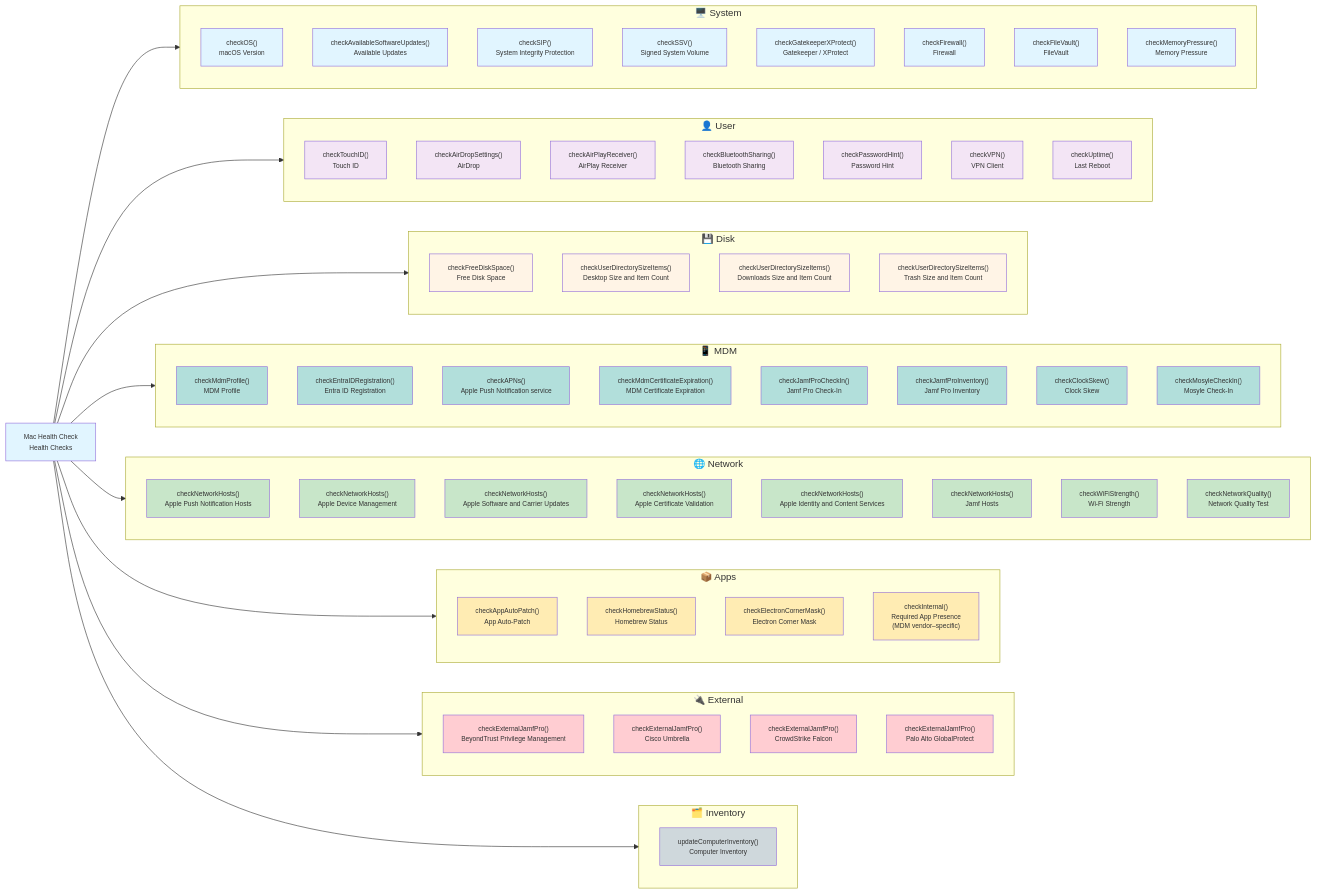
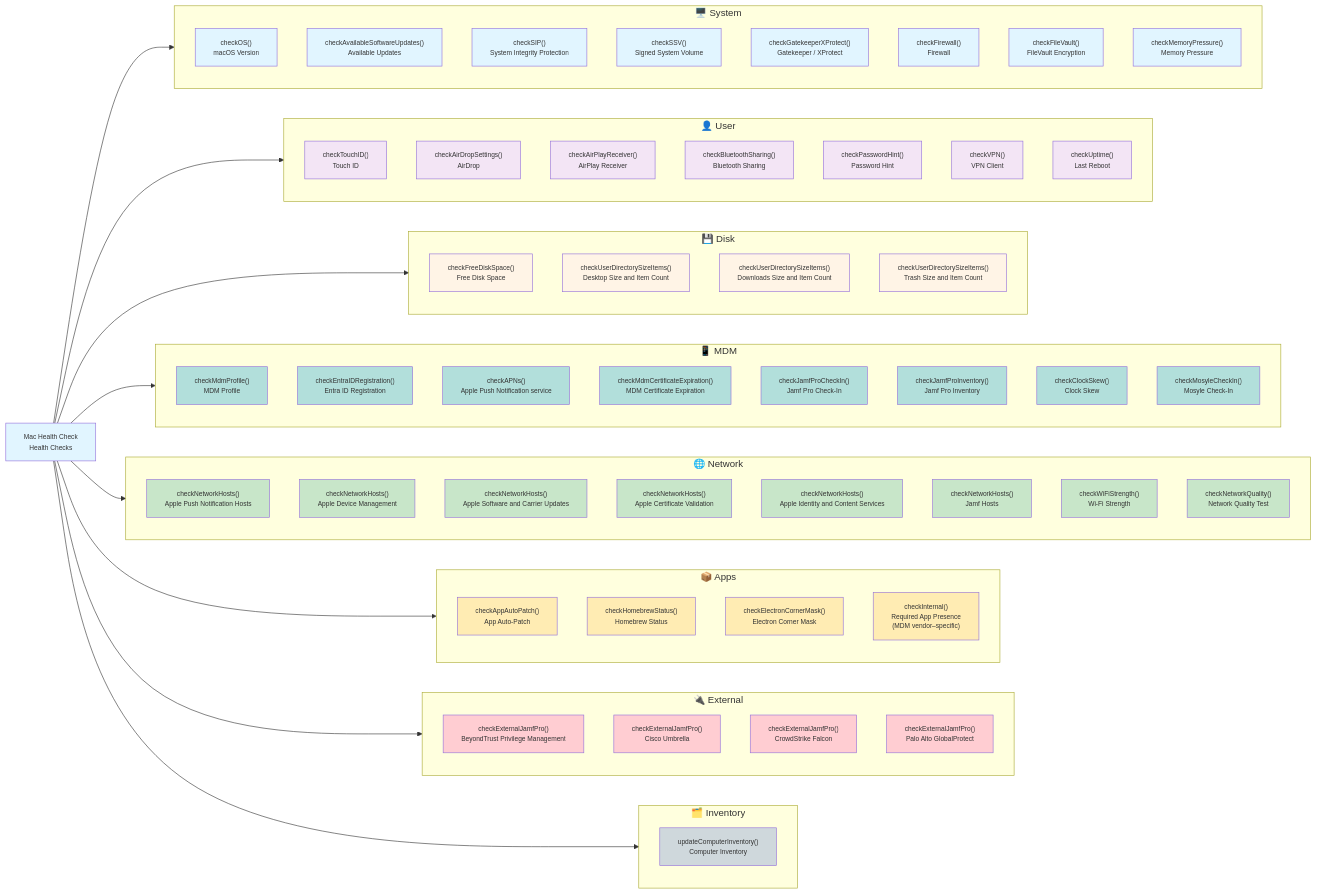
Before and after one commit to dan-snelson/Mac-Health-Check: the diagram in Diagrams/03-health-check-categories.md, drawn with Mermaid. The commit also changed other lines of this file and 37 other files, not shown here.

```diff
--- a/Diagrams/03-health-check-categories.md
+++ b/Diagrams/03-health-check-categories.md
@@ -13,7 +13,7 @@
         S4["checkSSV()<br>Signed System Volume"]
         S5["checkGatekeeperXProtect()<br>Gatekeeper / XProtect"]
         S6["checkFirewall()<br>Firewall"]
-        S7["checkFileVault()<br>FileVault"]
+        S7["checkFileVault()<br>FileVault Encryption"]
         S8["checkMemoryPressure()<br>Memory Pressure"]
 
         style S1 fill:#e1f5ff
```
